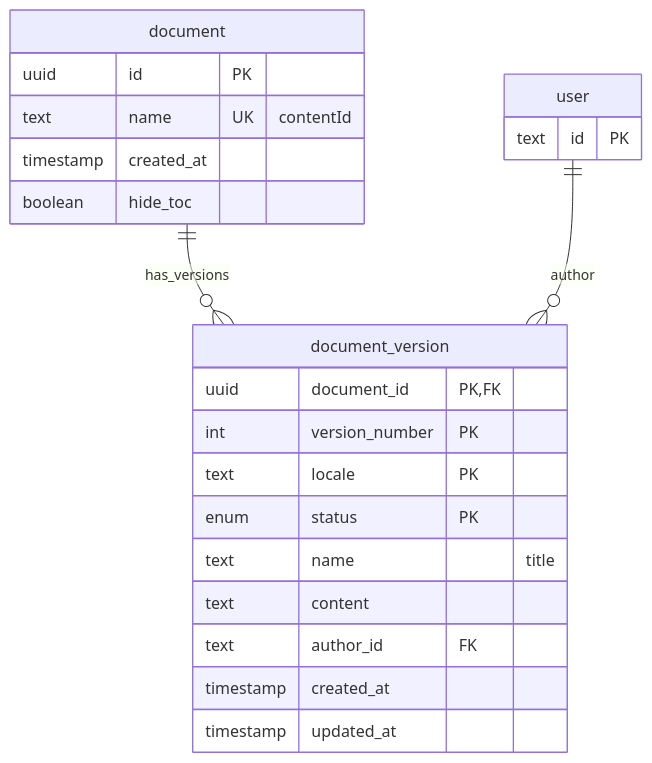
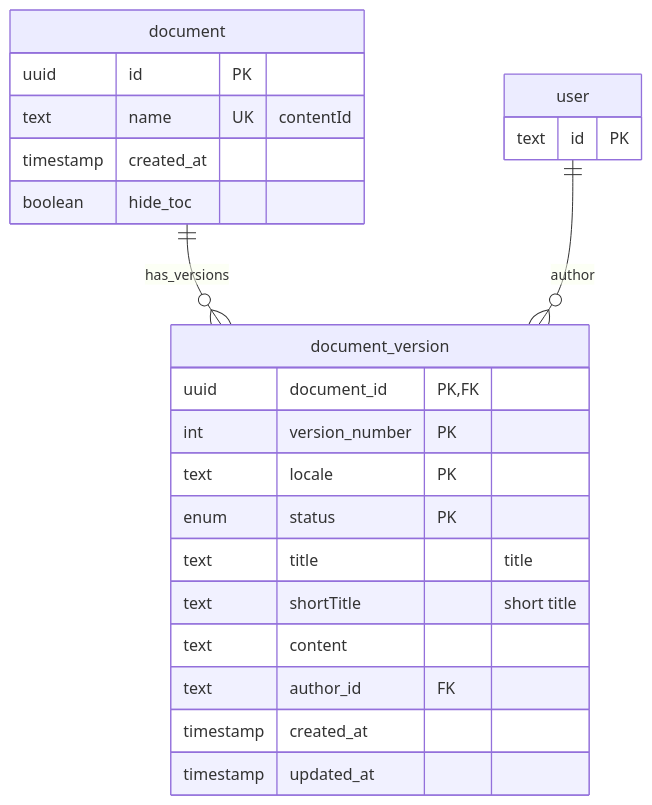
Before and after one commit to dbcls/humandbs: the diagram in apps/frontend/docs/documents.md, drawn with Mermaid. The commit also changed 2 other files, not shown here.

````diff
--- a/apps/frontend/docs/documents.md
+++ b/apps/frontend/docs/documents.md
@@ -19,28 +19,29 @@
 ```mermaid
 erDiagram
     document {
         uuid id PK
         text name UK "contentId"
         timestamp created_at
         boolean hide_toc
     }
 
     document_version {
         uuid document_id PK, FK
         int version_number PK
         text locale PK
         enum status PK
-        text name "title"
+        text title "title"
+        text shortTitle "short title"
         text content
         text author_id FK
         timestamp created_at
         timestamp updated_at
     }
 
     user {
         text id PK
     }
 
     document ||--o{ document_version : has_versions
     user ||--o{ document_version : author
 ```
````
